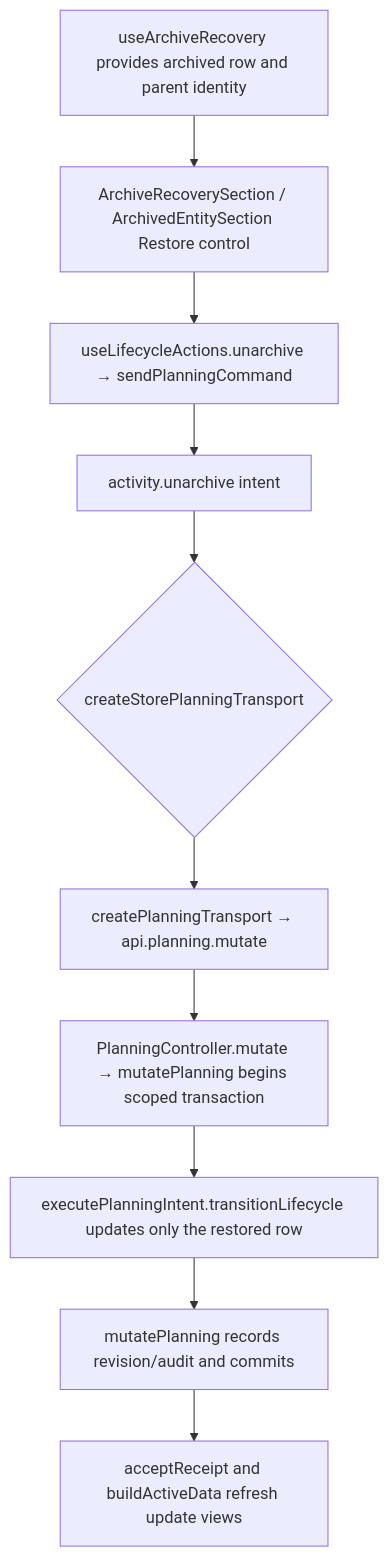
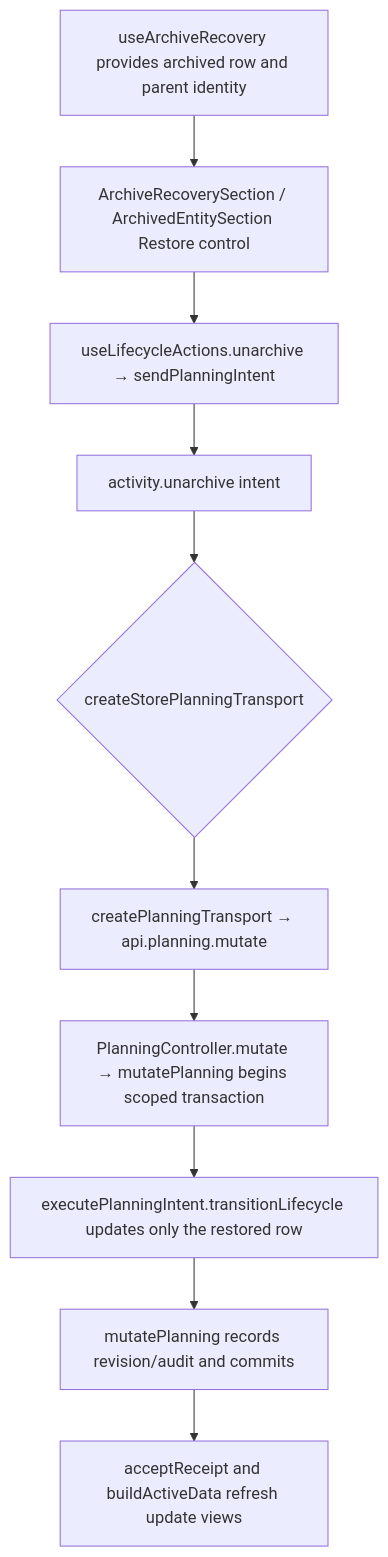
The second of 2 diagrams in user-stories/activities/US-ACT-05-restore-activity.md (Kevinjohn/capacitylens), drawn with Mermaid before and after one commit. The commit also changed 55 other files, not shown here.

First line of the commit message:
Planning intent: rename planning commands to intents

````diff
--- a/user-stories/activities/US-ACT-05-restore-activity.md
+++ b/user-stories/activities/US-ACT-05-restore-activity.md
@@ -26,8 +26,8 @@
 ```mermaid
 flowchart TD
   A["useArchiveRecovery provides archived row and parent identity"] --> B["ArchiveRecoverySection / ArchivedEntitySection Restore control"]
-  B --> C["useLifecycleActions.unarchive → sendPlanningCommand"] --> D["activity.unarchive intent"]
+  B --> C["useLifecycleActions.unarchive → sendPlanningIntent"] --> D["activity.unarchive intent"]
   D --> E{"createStorePlanningTransport"}
   E --> F["createPlanningTransport → api.planning.mutate"] --> G["PlanningController.mutate → mutatePlanning begins scoped transaction"]
   G --> H["executePlanningIntent.transitionLifecycle updates only the restored row"] --> K["mutatePlanning records revision/audit and commits"] --> J["acceptReceipt and buildActiveData refresh update views"]
 ```
````
